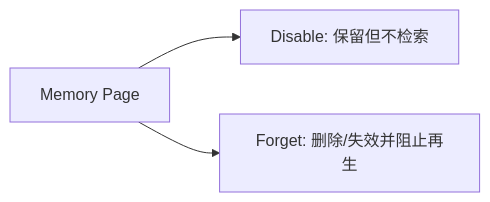
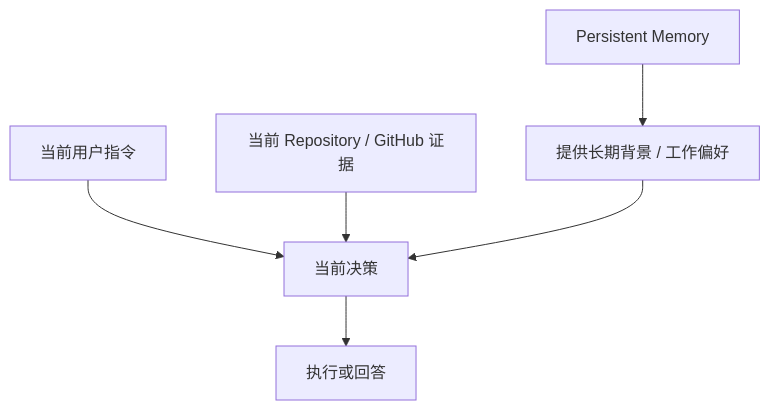
Before and after one commit to Arthur999459up/GitAgent: diagram 15 of 16 in docs/11-long-term-memory.md, drawn with Mermaid. The commit also changed other lines of this file and 3 other files, not shown here.

````diff
--- a/docs/11-long-term-memory.md
+++ b/docs/11-long-term-memory.md
@@ -263,5 +830,8 @@
 ```mermaid
-flowchart LR
-    M[Memory Page] --> D[Disable: 保留但不检索]
-    M --> F[Forget: 删除/失效并阻止再生]
+flowchart TD
+    M[Persistent Memory] --> G[提供长期背景 / 工作偏好]
+    C[当前用户指令] --> D[当前决策]
+    T[当前 Repository / GitHub 证据] --> D
+    G --> D
+    D --> A[执行或回答]
 ```
````
